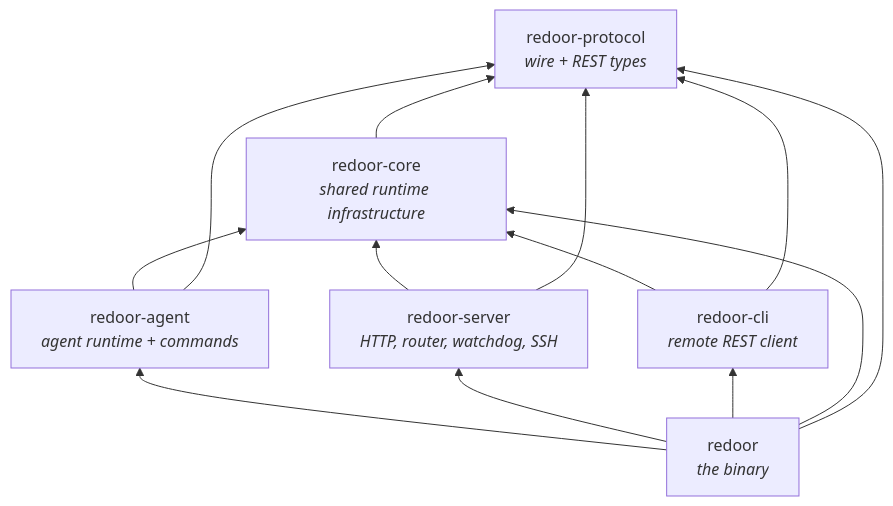
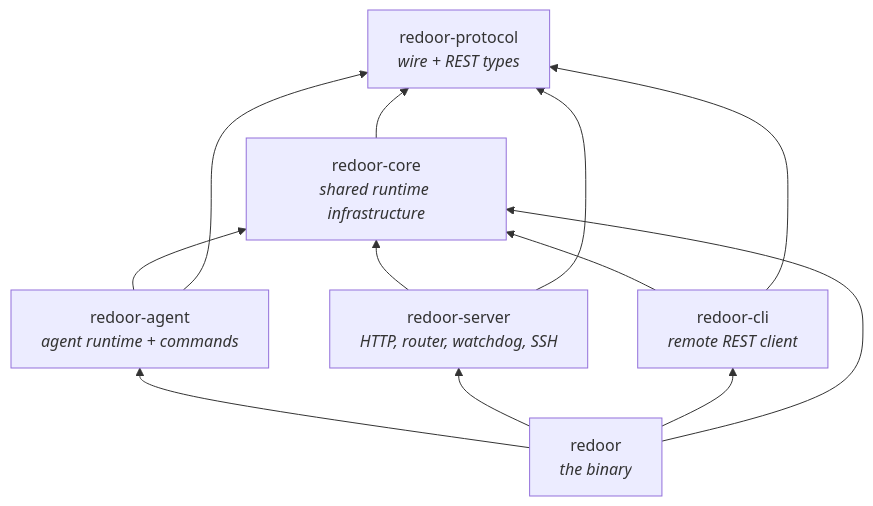
Before and after one commit to FruitieX/redoor: the first of 10 diagrams in ARCHITECTURE.md, drawn with Mermaid. The commit also changed other lines of this file and 4 other files, not shown here.

````diff
--- a/ARCHITECTURE.md
+++ b/ARCHITECTURE.md
@@ -15,22 +15,21 @@
 ```mermaid
 flowchart BT
     protocol["redoor-protocol<br/><i>wire + REST types</i>"]
     core["redoor-core<br/><i>shared runtime infrastructure</i>"]
     agent["redoor-agent<br/><i>agent runtime + commands</i>"]
     server["redoor-server<br/><i>HTTP, router, watchdog, SSH</i>"]
     cli["redoor-cli<br/><i>remote REST client</i>"]
     bin["redoor<br/><i>the binary</i>"]
 
     core --> protocol
     agent --> core
     agent --> protocol
     server --> core
     server --> protocol
     cli --> core
     cli --> protocol
     bin --> agent
     bin --> server
     bin --> cli
     bin --> core
-    bin --> protocol
 ```
````
